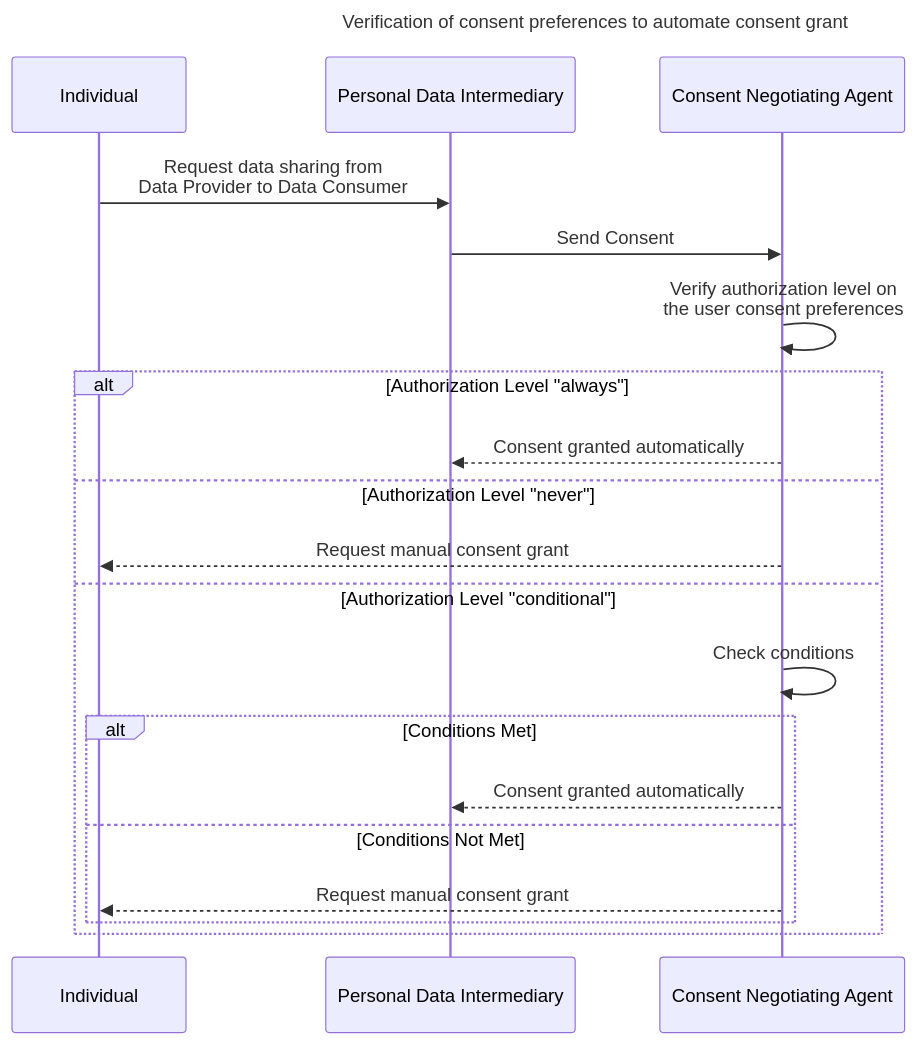
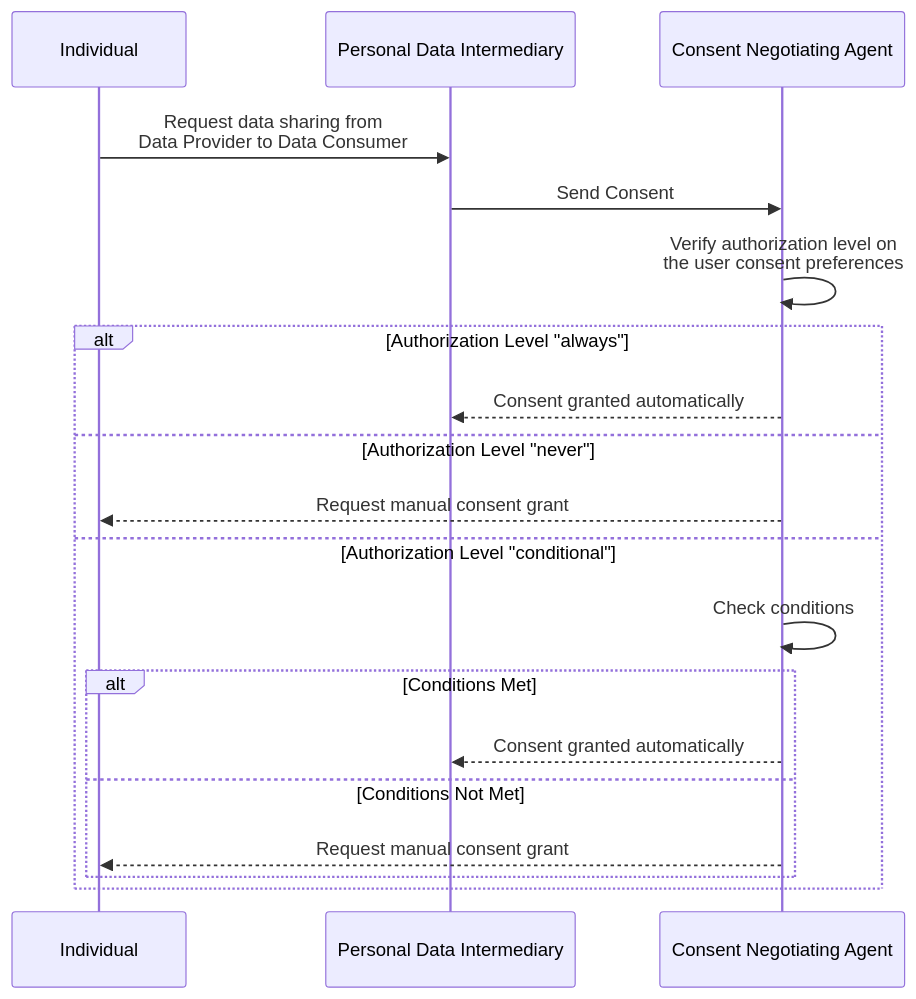
The fifth of 7 diagrams in README.md (VisionsOfficial/contract-consent-agent), drawn with Mermaid before and after one commit. The commit also changed other lines of this file, not shown here.

Commit message:
docs: add contract profile info and diagrams

````diff
--- a/README.md
+++ b/README.md
@@ -149,27 +247,24 @@
 ```mermaid
----
-title: Verification of consent preferences to automate consent grant
----
 
 sequenceDiagram
   participant i as Individual
   participant pdi as Personal Data Intermediary
   participant ccna as Consent Negotiating Agent
   
   i->>pdi: Request data sharing from <br>Data Provider to Data Consumer
   pdi->>ccna: Send Consent
   ccna->>ccna: Verify authorization level on <br>the user consent preferences
   alt Authorization Level "always"
     ccna-->>pdi: Consent granted automatically
   else Authorization Level "never"
     ccna-->>i: Request manual consent grant
   else Authorization Level "conditional"
     ccna->>ccna: Check conditions
     alt Conditions Met
       ccna-->>pdi: Consent granted automatically
     else Conditions Not Met
       ccna-->>i: Request manual consent grant
     end
   end
 
 ```
````
